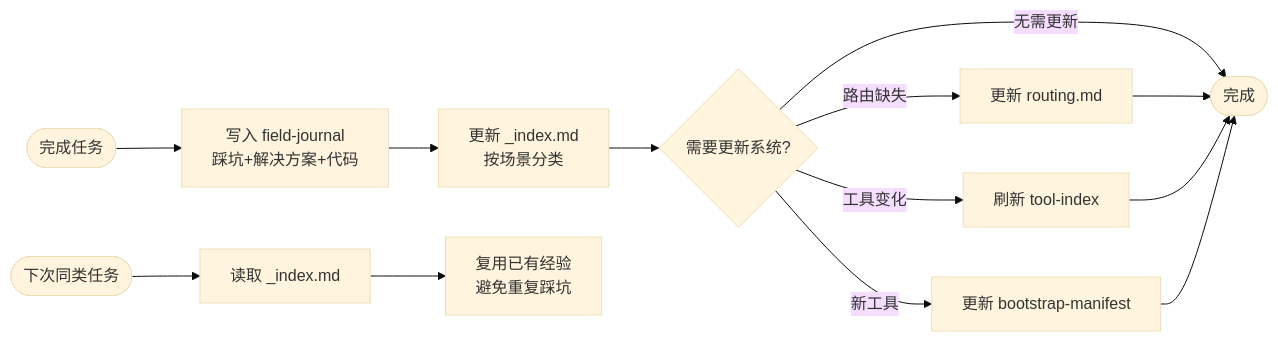
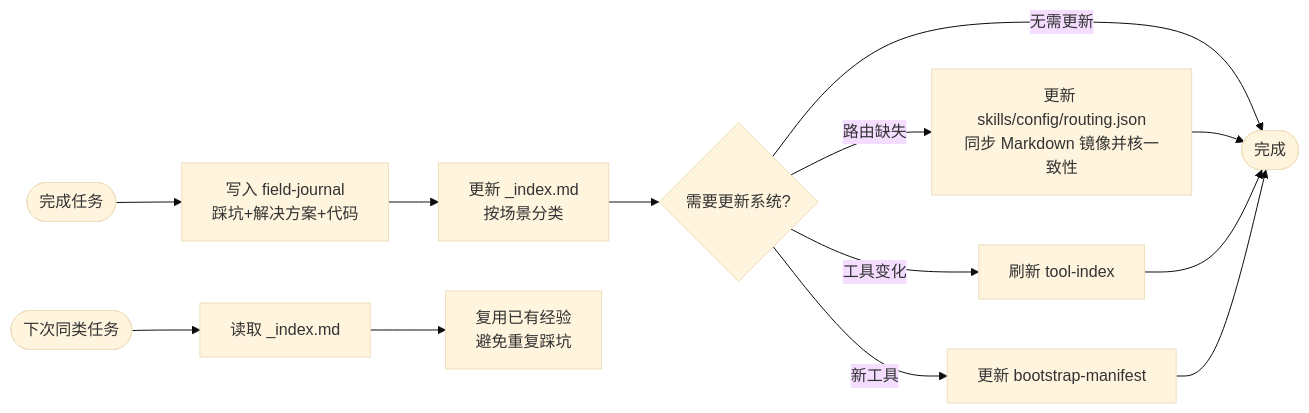
One commit to gthubtom1/reverse-skill changed the fifth of 7 diagrams in docs/ARCHITECTURE.md. Above: the diagram before and after it, drawn with Mermaid (base theme). The commit also changed 54 other files, not shown here.

````diff
--- a/docs/ARCHITECTURE.md
+++ b/docs/ARCHITECTURE.md
@@ -165,16 +165,16 @@
 ```mermaid
 flowchart LR
     Task([完成任务]) --> WriteLog[写入 field-journal<br/>踩坑+解决方案+代码]
     WriteLog --> UpdateIdx[更新 _index.md<br/>按场景分类]
     UpdateIdx --> CheckUpdate{需要更新系统?}
     
-    CheckUpdate -->|路由缺失| FixRoute[更新 routing.md]
+    CheckUpdate -->|路由缺失| FixRoute[更新 skills/config/routing.json<br/>同步 Markdown 镜像并核一致性]
     CheckUpdate -->|工具变化| FixTool[刷新 tool-index]
     CheckUpdate -->|新工具| FixManifest[更新 bootstrap-manifest]
     CheckUpdate -->|无需更新| Done([完成])
     
     FixRoute & FixTool & FixManifest --> Done
 
     NewTask([下次同类任务]) --> ReadIdx[读取 _index.md]
     ReadIdx --> Reuse[复用已有经验<br/>避免重复踩坑]
 ```
````
